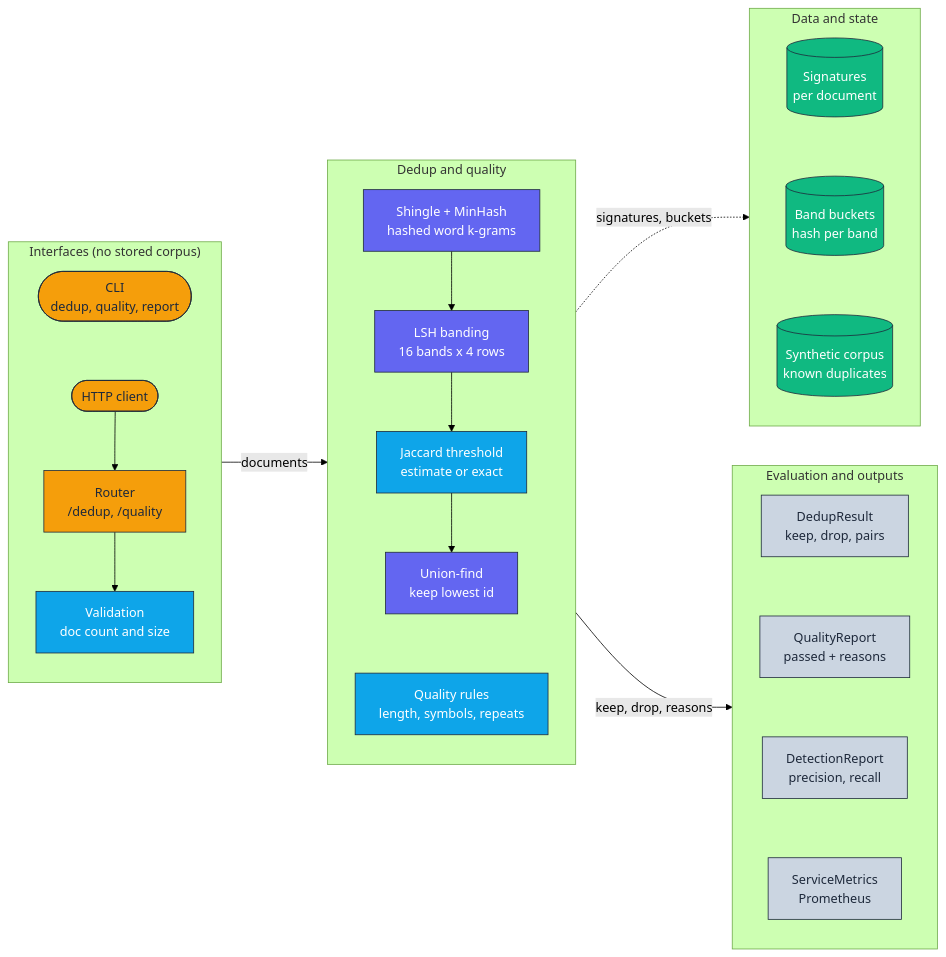
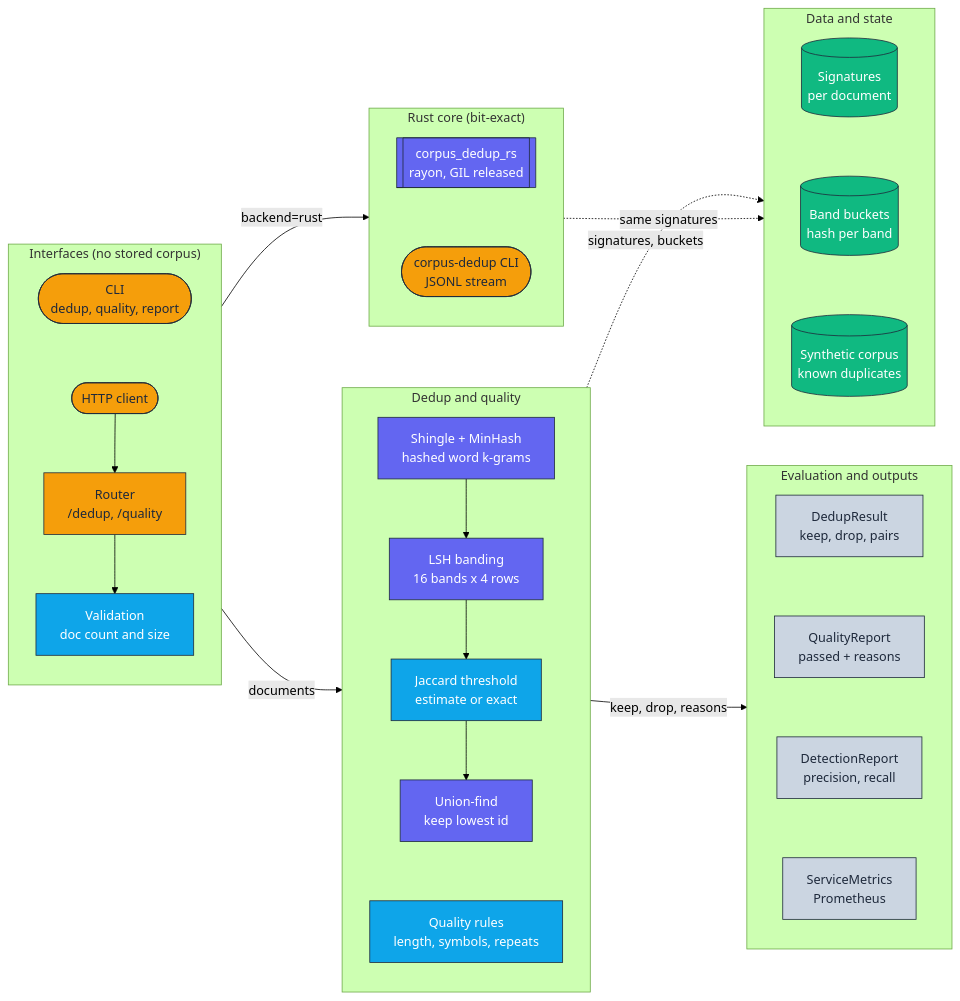
Before and after one commit to adeoluo/corpus-dedup-library: the diagram in docs/architecture/architecture.mmd, drawn with Mermaid (forest theme). The commit also changed 3 other files, not shown here.

Commit message:
docs: Rust core results, usage, ADR 0004 and diagram

```diff
--- a/docs/architecture/architecture.mmd
+++ b/docs/architecture/architecture.mmd
@@ -1,46 +1,55 @@
 flowchart LR
     classDef edge     fill:#F59E0B,stroke:#1E293B,color:#1E293B,stroke-width:1px;
     classDef core     fill:#6366F1,stroke:#1E293B,color:#ffffff,stroke-width:1px;
     classDef data     fill:#10B981,stroke:#1E293B,color:#ffffff,stroke-width:1px;
     classDef control  fill:#0EA5E9,stroke:#1E293B,color:#ffffff,stroke-width:1px;
     classDef obs      fill:#CBD5E1,stroke:#1E293B,color:#1E293B,stroke-width:1px;
 
     subgraph Interfaces["Interfaces (no stored corpus)"]
         direction TB
         Client([HTTP client]):::edge
         CLI(["CLI<br/>dedup, quality, report"]):::edge
         Router["Router<br/>/dedup, /quality"]:::edge
         Validate["Validation<br/>doc count and size"]:::control
         CLI ~~~ Client --> Router --> Validate
     end
 
     subgraph Core["Dedup and quality"]
         direction TB
         Sign["Shingle + MinHash<br/>hashed word k-grams"]:::core
         LSH["LSH banding<br/>16 bands x 4 rows"]:::core
         Verify["Jaccard threshold<br/>estimate or exact"]:::control
         Cluster["Union-find<br/>keep lowest id"]:::core
         Rules["Quality rules<br/>length, symbols, repeats"]:::control
         Sign --> LSH --> Verify --> Cluster ~~~ Rules
     end
 
+    subgraph Rust["Rust core (bit-exact)"]
+        direction TB
+        RustCore[["corpus_dedup_rs<br/>rayon, GIL released"]]:::core
+        RustCLI(["corpus-dedup CLI<br/>JSONL stream"]):::edge
+        RustCore ~~~ RustCLI
+    end
+
     subgraph State["Data and state"]
         direction TB
         Signatures[("Signatures<br/>per document")]:::data
         Buckets[("Band buckets<br/>hash per band")]:::data
         Corpus[("Synthetic corpus<br/>known duplicates")]:::data
         Signatures ~~~ Buckets ~~~ Corpus
     end
 
     subgraph Obs["Evaluation and outputs"]
         direction TB
         Result["DedupResult<br/>keep, drop, pairs"]:::obs
         QReport["QualityReport<br/>passed + reasons"]:::obs
         Detect["DetectionReport<br/>precision, recall"]:::obs
         Metrics["ServiceMetrics<br/>Prometheus"]:::obs
         Result ~~~ QReport ~~~ Detect ~~~ Metrics
     end
 
     Interfaces -->|documents| Core
+    Interfaces -->|backend=rust| Rust
     Core -.->|signatures, buckets| State
+    Rust -.->|same signatures| State
     Core -->|keep, drop, reasons| Obs
```
